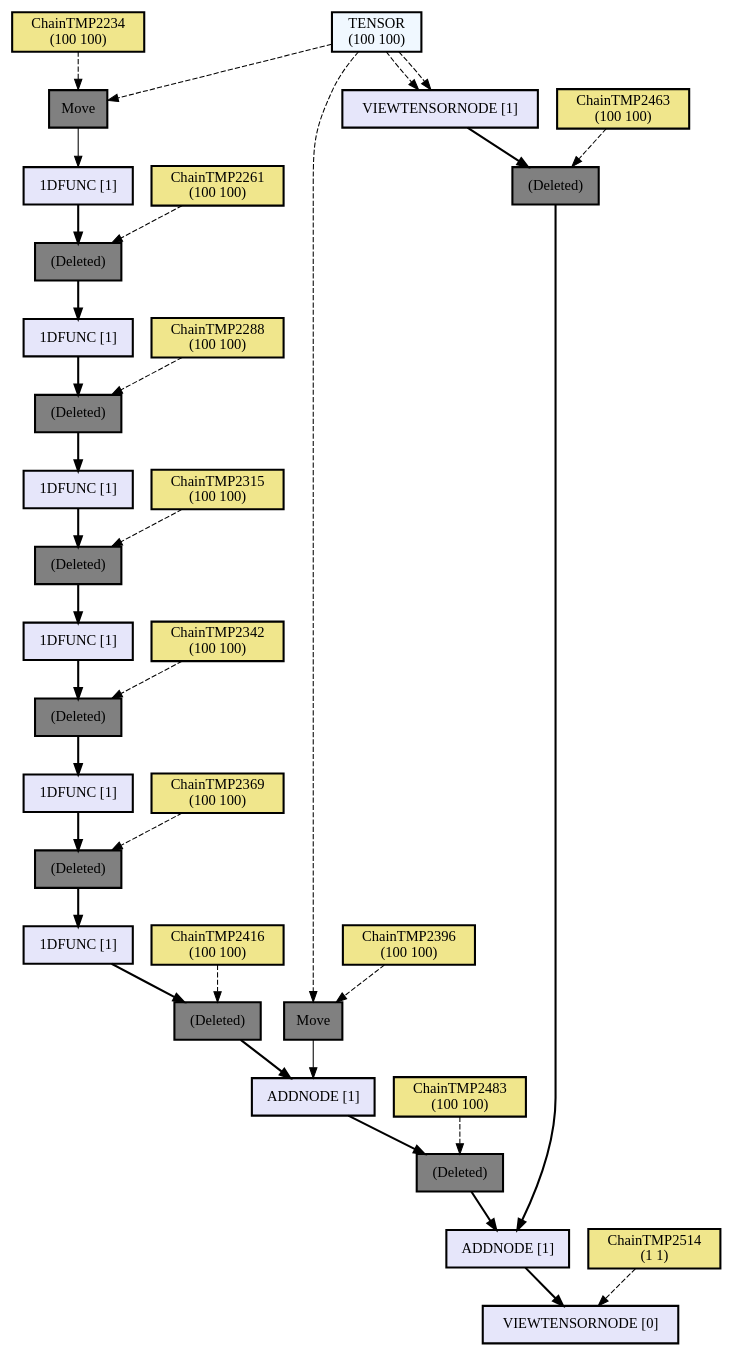
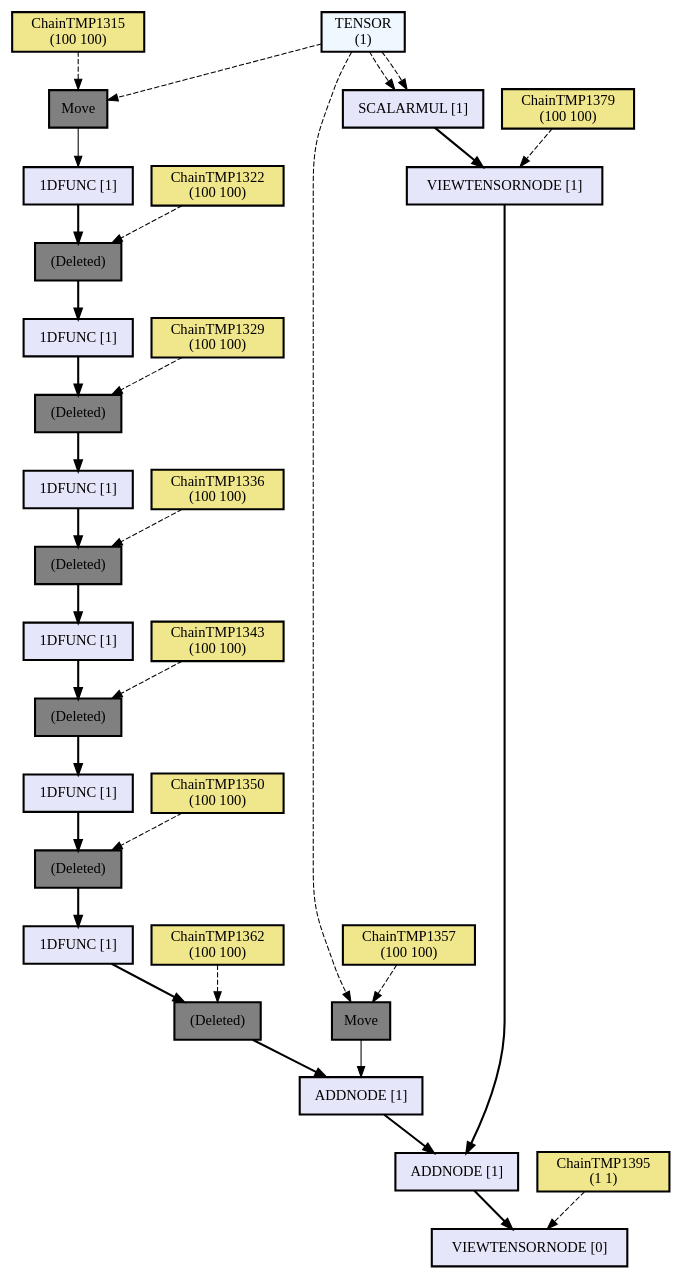
The diagram in assets/out3.dot (hikettei/cl-waffe2), drawn with Graphviz before and after one commit. The commit also changed 10 other files, not shown here.

```diff
--- a/assets/out3.dot
+++ b/assets/out3.dot
@@ -1,87 +1,82 @@
 digraph computation_node {
   node[shape="box" style="filled" color="black" penwidth="2"];
   TENSOR [label = "TENSOR
 (100 100)" fillcolor="#f0f8ff" style="filled, solid"];
-  ChainTMP2234 [label = "ChainTMP2234
+  ChainTMP1315 [label = "ChainTMP1315
 (100 100)" fillcolor="#f0e68c" style="filled, solid"];
-  NODE2593 [label = "Move" fillcolor="gray" style="filled, solid"];
-  NODE2592 [label = "1DFUNC [1]" fillcolor="#e6e6fa" style="filled, solid"];
-  ChainTMP2261 [label = "ChainTMP2261
+  NODE1465 [label = "Move" fillcolor="gray" style="filled, solid"];
+  NODE1464 [label = "1DFUNC [1]" fillcolor="#e6e6fa" style="filled, solid"];
+  ChainTMP1322 [label = "ChainTMP1322
 (100 100)" fillcolor="#f0e68c" style="filled, solid"];
-  NODE2590 [label = "(Deleted)" fillcolor="gray" style="filled, solid"];
-  NODE2589 [label = "1DFUNC [1]" fillcolor="#e6e6fa" style="filled, solid"];
-  ChainTMP2288 [label = "ChainTMP2288
+  NODE1462 [label = "(Deleted)" fillcolor="gray" style="filled, solid"];
+  NODE1461 [label = "1DFUNC [1]" fillcolor="#e6e6fa" style="filled, solid"];
+  ChainTMP1329 [label = "ChainTMP1329
 (100 100)" fillcolor="#f0e68c" style="filled, solid"];
-  NODE2587 [label = "(Deleted)" fillcolor="gray" style="filled, solid"];
-  NODE2586 [label = "1DFUNC [1]" fillcolor="#e6e6fa" style="filled, solid"];
-  ChainTMP2315 [label = "ChainTMP2315
+  NODE1459 [label = "(Deleted)" fillcolor="gray" style="filled, solid"];
+  NODE1458 [label = "1DFUNC [1]" fillcolor="#e6e6fa" style="filled, solid"];
+  ChainTMP1336 [label = "ChainTMP1336
 (100 100)" fillcolor="#f0e68c" style="filled, solid"];
-  NODE2584 [label = "(Deleted)" fillcolor="gray" style="filled, solid"];
-  NODE2583 [label = "1DFUNC [1]" fillcolor="#e6e6fa" style="filled, solid"];
-  ChainTMP2342 [label = "ChainTMP2342
+  NODE1456 [label = "(Deleted)" fillcolor="gray" style="filled, solid"];
+  NODE1455 [label = "1DFUNC [1]" fillcolor="#e6e6fa" style="filled, solid"];
+  ChainTMP1343 [label = "ChainTMP1343
 (100 100)" fillcolor="#f0e68c" style="filled, solid"];
-  NODE2581 [label = "(Deleted)" fillcolor="gray" style="filled, solid"];
-  NODE2580 [label = "1DFUNC [1]" fillcolor="#e6e6fa" style="filled, solid"];
-  ChainTMP2369 [label = "ChainTMP2369
+  NODE1453 [label = "(Deleted)" fillcolor="gray" style="filled, solid"];
+  NODE1452 [label = "1DFUNC [1]" fillcolor="#e6e6fa" style="filled, solid"];
+  ChainTMP1350 [label = "ChainTMP1350
 (100 100)" fillcolor="#f0e68c" style="filled, solid"];
-  NODE2578 [label = "(Deleted)" fillcolor="gray" style="filled, solid"];
-  NODE2577 [label = "1DFUNC [1]" fillcolor="#e6e6fa" style="filled, solid"];
-  ChainTMP2416 [label = "ChainTMP2416
+  NODE1450 [label = "(Deleted)" fillcolor="gray" style="filled, solid"];
+  NODE1449 [label = "1DFUNC [1]" fillcolor="#e6e6fa" style="filled, solid"];
+  ChainTMP1362 [label = "ChainTMP1362
 (100 100)" fillcolor="#f0e68c" style="filled, solid"];
-  NODE2575 [label = "(Deleted)" fillcolor="gray" style="filled, solid"];
+  NODE1447 [label = "(Deleted)" fillcolor="gray" style="filled, solid"];
   TENSOR [label = "TENSOR
 (100 100)" fillcolor="#f0f8ff" style="filled, solid"];
-  ChainTMP2396 [label = "ChainTMP2396
+  ChainTMP1357 [label = "ChainTMP1357
 (100 100)" fillcolor="#f0e68c" style="filled, solid"];
-  NODE2572 [label = "Move" fillcolor="gray" style="filled, solid"];
-  NODE2571 [label = "ADDNODE [1]" fillcolor="#e6e6fa" style="filled, solid"];
-  ChainTMP2483 [label = "ChainTMP2483
-(100 100)" fillcolor="#f0e68c" style="filled, solid"];
-  NODE2569 [label = "(Deleted)" fillcolor="gray" style="filled, solid"];
+  NODE1444 [label = "Move" fillcolor="gray" style="filled, solid"];
+  NODE1443 [label = "ADDNODE [1]" fillcolor="#e6e6fa" style="filled, solid"];
   TENSOR [label = "TENSOR
 (1 1)" fillcolor="#f0f8ff" style="filled, solid"];
   TENSOR [label = "TENSOR
-(100 100)" fillcolor="#f0f8ff" style="filled, solid"];
-  NODE2566 [label = "VIEWTENSORNODE [1]" fillcolor="#e6e6fa" style="filled, solid"];
-  ChainTMP2463 [label = "ChainTMP2463
+(1)" fillcolor="#f0f8ff" style="filled, solid"];
+  NODE1440 [label = "SCALARMUL [1]" fillcolor="#e6e6fa" style="filled, solid"];
+  ChainTMP1379 [label = "ChainTMP1379
 (100 100)" fillcolor="#f0e68c" style="filled, solid"];
-  NODE2564 [label = "(Deleted)" fillcolor="gray" style="filled, solid"];
-  NODE2563 [label = "ADDNODE [1]" fillcolor="#e6e6fa" style="filled, solid"];
-  ChainTMP2514 [label = "ChainTMP2514
+  NODE1438 [label = "VIEWTENSORNODE [1]" fillcolor="#e6e6fa" style="filled, solid"];
+  NODE1437 [label = "ADDNODE [1]" fillcolor="#e6e6fa" style="filled, solid"];
+  ChainTMP1395 [label = "ChainTMP1395
 (1 1)" fillcolor="#f0e68c" style="filled, solid"];
-  NODE2561 [label = "VIEWTENSORNODE [0]" fillcolor="#e6e6fa" style="filled, solid"];
-  ChainTMP2514 -> NODE2561[style="dashed"];
-  NODE2563 -> NODE2561[penwidth="2"];
-  NODE2564 -> NODE2563[penwidth="2"];
-  ChainTMP2463 -> NODE2564[style="dashed"];
-  NODE2566 -> NODE2564[penwidth="2"];
-  TENSOR -> NODE2566[style="dashed"];
-  TENSOR -> NODE2566[style="dashed"];
-  NODE2569 -> NODE2563[penwidth="2"];
-  ChainTMP2483 -> NODE2569[style="dashed"];
-  NODE2571 -> NODE2569[penwidth="2"];
-  NODE2572 -> NODE2571[weight=10];
-  ChainTMP2396 -> NODE2572[style="dashed"];
-  TENSOR -> NODE2572[style="dashed"];
-  NODE2575 -> NODE2571[penwidth="2"];
-  ChainTMP2416 -> NODE2575[style="dashed"];
-  NODE2577 -> NODE2575[penwidth="2"];
-  NODE2578 -> NODE2577[penwidth="2"];
-  ChainTMP2369 -> NODE2578[style="dashed"];
-  NODE2580 -> NODE2578[penwidth="2"];
-  NODE2581 -> NODE2580[penwidth="2"];
-  ChainTMP2342 -> NODE2581[style="dashed"];
-  NODE2583 -> NODE2581[penwidth="2"];
-  NODE2584 -> NODE2583[penwidth="2"];
-  ChainTMP2315 -> NODE2584[style="dashed"];
-  NODE2586 -> NODE2584[penwidth="2"];
-  NODE2587 -> NODE2586[penwidth="2"];
-  ChainTMP2288 -> NODE2587[style="dashed"];
-  NODE2589 -> NODE2587[penwidth="2"];
-  NODE2590 -> NODE2589[penwidth="2"];
-  ChainTMP2261 -> NODE2590[style="dashed"];
-  NODE2592 -> NODE2590[penwidth="2"];
-  NODE2593 -> NODE2592[weight=10];
-  ChainTMP2234 -> NODE2593[style="dashed"];
-  TENSOR -> NODE2593[style="dashed"];
+  NODE1435 [label = "VIEWTENSORNODE [0]" fillcolor="#e6e6fa" style="filled, solid"];
+  ChainTMP1395 -> NODE1435[style="dashed"];
+  NODE1437 -> NODE1435[penwidth="2"];
+  NODE1438 -> NODE1437[penwidth="2"];
+  ChainTMP1379 -> NODE1438[style="dashed"];
+  NODE1440 -> NODE1438[penwidth="2"];
+  TENSOR -> NODE1440[style="dashed"];
+  TENSOR -> NODE1440[style="dashed"];
+  NODE1443 -> NODE1437[penwidth="2"];
+  NODE1444 -> NODE1443[weight=10];
+  ChainTMP1357 -> NODE1444[style="dashed"];
+  TENSOR -> NODE1444[style="dashed"];
+  NODE1447 -> NODE1443[penwidth="2"];
+  ChainTMP1362 -> NODE1447[style="dashed"];
+  NODE1449 -> NODE1447[penwidth="2"];
+  NODE1450 -> NODE1449[penwidth="2"];
+  ChainTMP1350 -> NODE1450[style="dashed"];
+  NODE1452 -> NODE1450[penwidth="2"];
+  NODE1453 -> NODE1452[penwidth="2"];
+  ChainTMP1343 -> NODE1453[style="dashed"];
+  NODE1455 -> NODE1453[penwidth="2"];
+  NODE1456 -> NODE1455[penwidth="2"];
+  ChainTMP1336 -> NODE1456[style="dashed"];
+  NODE1458 -> NODE1456[penwidth="2"];
+  NODE1459 -> NODE1458[penwidth="2"];
+  ChainTMP1329 -> NODE1459[style="dashed"];
+  NODE1461 -> NODE1459[penwidth="2"];
+  NODE1462 -> NODE1461[penwidth="2"];
+  ChainTMP1322 -> NODE1462[style="dashed"];
+  NODE1464 -> NODE1462[penwidth="2"];
+  NODE1465 -> NODE1464[weight=10];
+  ChainTMP1315 -> NODE1465[style="dashed"];
+  TENSOR -> NODE1465[style="dashed"];
 }
```
